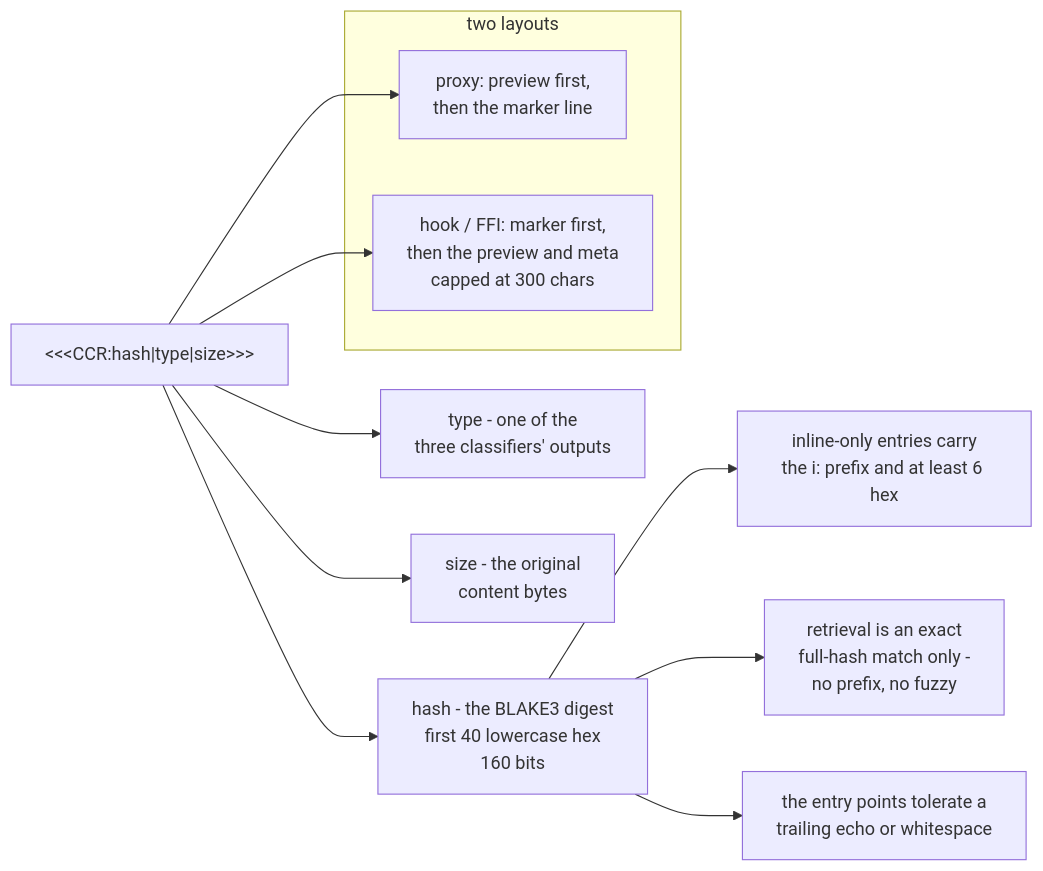
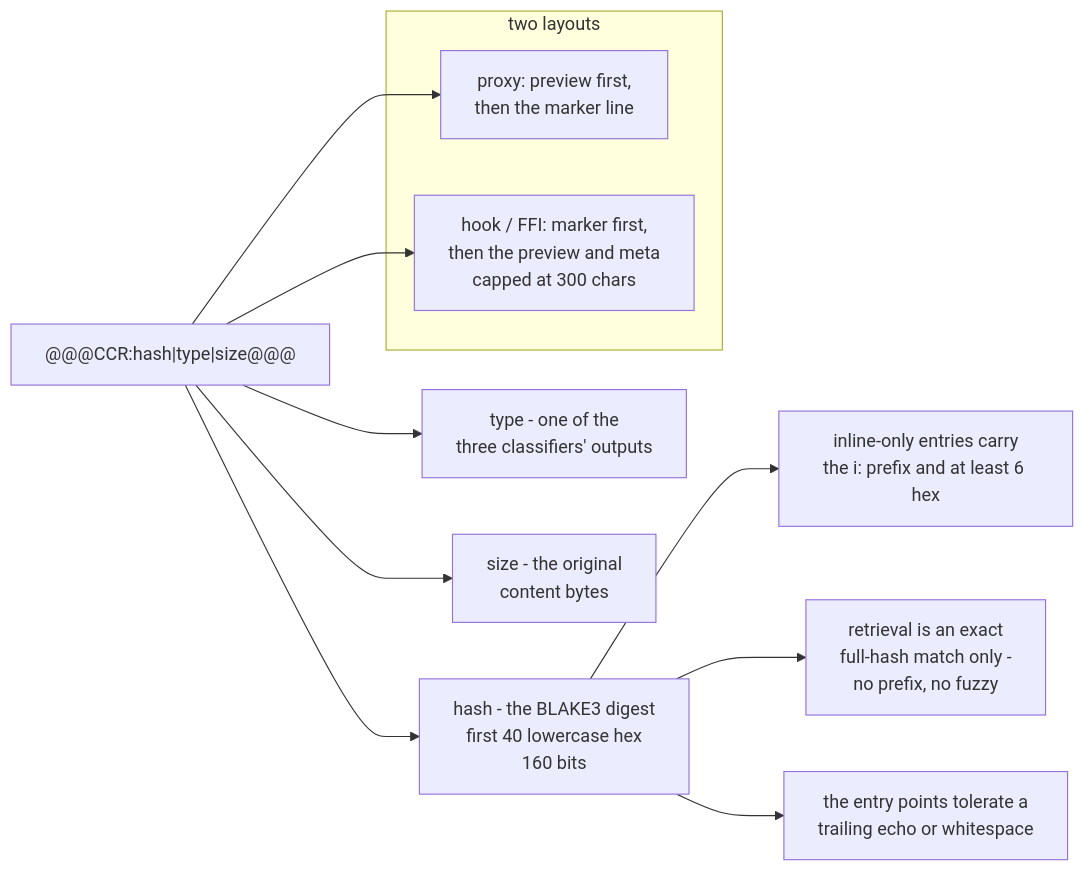
One commit to PlayForm/Site-Aphrodite changed the diagram in Source/Content/Mermaid/marker-format.mmd. Above: the diagram before and after it, drawn with Mermaid. The commit also changed 75 other files, not shown here.

First line of the commit message:
feat(site): Add benchmarks telemetry page and harden the Mermaid marker rendering

```diff
--- a/Source/Content/Mermaid/marker-format.mmd
+++ b/Source/Content/Mermaid/marker-format.mmd
@@ -1,20 +1,20 @@
 flowchart LR
-	MARK["&lt;&lt;&lt;CCR:hash|type|size&gt;&gt;&gt;"]
+	MARK["@@@CCR:hash|type|size@@@"]
 	HASH["hash - the BLAKE3 digest<br/>first 40 lowercase hex<br/>160 bits"]
 	INLINEH["inline-only entries carry<br/>the i: prefix and at least 6 hex"]
 	TYPE["type - one of the<br/>three classifiers' outputs"]
 	SIZE["size - the original<br/>content bytes"]
 	EXACT["retrieval is an exact<br/>full-hash match only -<br/>no prefix, no fuzzy"]
 	TOL["the entry points tolerate a<br/>trailing echo or whitespace"]
 	subgraph L["two layouts"]
 		PROXY["proxy: preview first,<br/>then the marker line"]
 		HOOK["hook / FFI: marker first,<br/>then the preview and meta<br/>capped at 300 chars"]
 	end
 	MARK --> HASH
 	MARK --> TYPE
 	MARK --> SIZE
 	HASH --> INLINEH
 	HASH --> EXACT
 	HASH --> TOL
 	MARK --> PROXY
 	MARK --> HOOK
```
